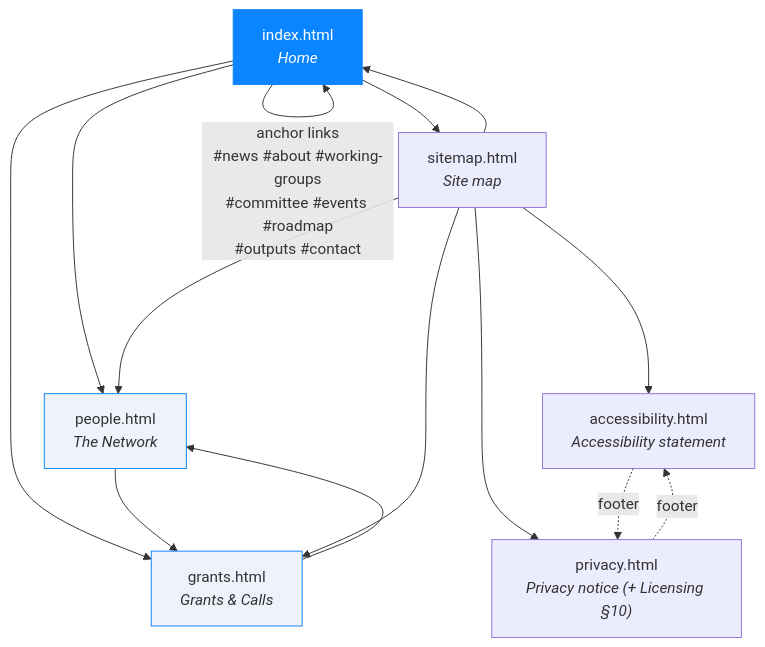
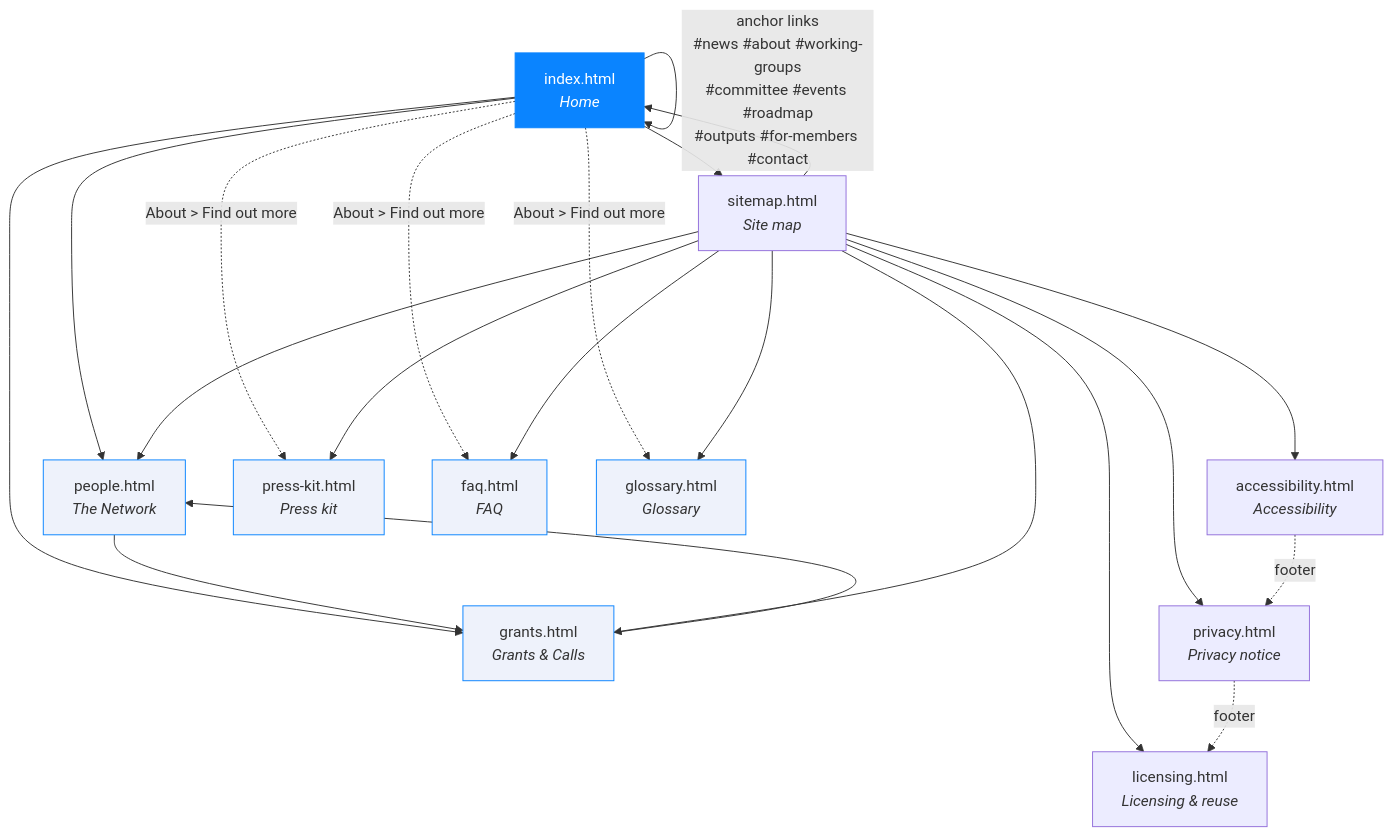
Before and after one commit to EISSeuropa/netsec.github.io: the second of 5 diagrams in docs/architecture.md, drawn with Mermaid. The commit also changed other lines of this file and 5 other files, not shown here.

````diff
--- a/docs/architecture.md
+++ b/docs/architecture.md
@@ -53,27 +53,41 @@
 ```mermaid
 flowchart TD
     H["index.html<br/><i>Home</i>"]
     P["people.html<br/><i>The Network</i>"]
     G["grants.html<br/><i>Grants &amp; Calls</i>"]
     S["sitemap.html<br/><i>Site map</i>"]
-    A["accessibility.html<br/><i>Accessibility statement</i>"]
-    R["privacy.html<br/><i>Privacy notice (+ Licensing §10)</i>"]
+    A["accessibility.html<br/><i>Accessibility</i>"]
+    R["privacy.html<br/><i>Privacy notice</i>"]
+    L["licensing.html<br/><i>Licensing &amp; reuse</i>"]
+    K["press-kit.html<br/><i>Press kit</i>"]
+    F["faq.html<br/><i>FAQ</i>"]
+    X["glossary.html<br/><i>Glossary</i>"]
 
-    H -- "anchor links<br/>#news #about #working-groups<br/>#committee #events #roadmap<br/>#outputs #contact" --> H
+    H -- "anchor links<br/>#news #about #working-groups<br/>#committee #events #roadmap<br/>#outputs #for-members #contact" --> H
     H --> P
     H --> G
+    H -. "About &gt; Find out more" .-> F
+    H -. "About &gt; Find out more" .-> X
+    H -. "About &gt; Find out more" .-> K
     H --> S
     P --> G
     G --> P
     S --> H
     S --> P
     S --> G
+    S --> F
+    S --> X
+    S --> K
     S --> A
     S --> R
+    S --> L
     A -.->|footer| R
-    R -.->|footer| A
+    R -.->|footer| L
 
     style H fill:#0a84ff,stroke:#0a84ff,color:#fff
     style P fill:#eef2fb,stroke:#0a84ff
     style G fill:#eef2fb,stroke:#0a84ff
+    style F fill:#eef2fb,stroke:#0a84ff
+    style X fill:#eef2fb,stroke:#0a84ff
+    style K fill:#eef2fb,stroke:#0a84ff
 ```
````
